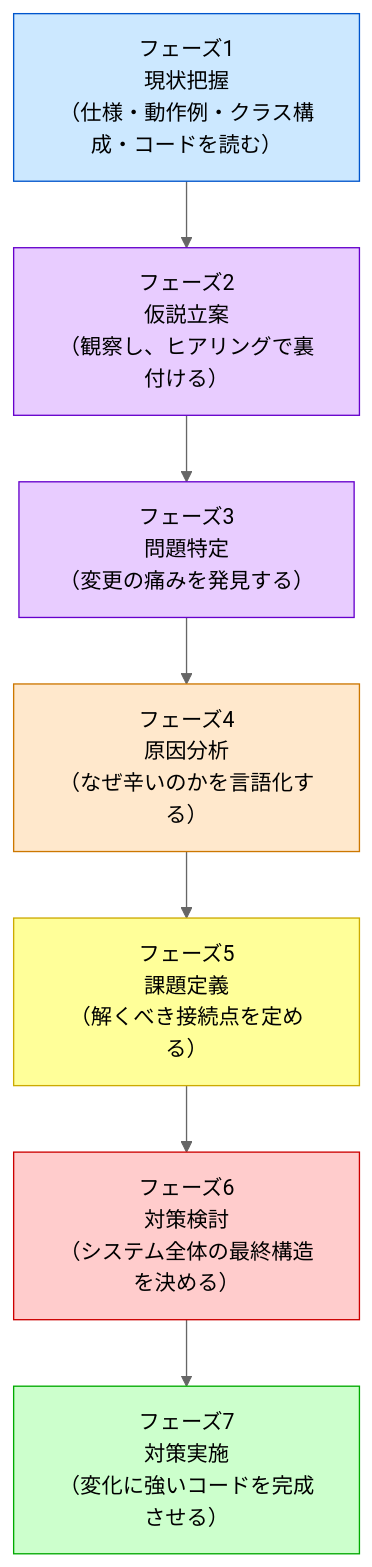
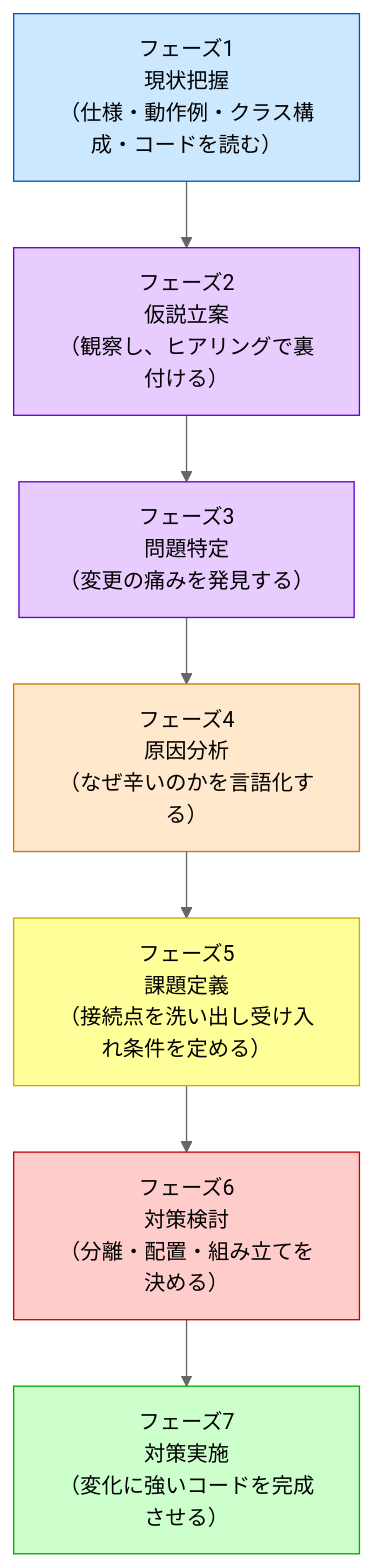
The first of 3 diagrams in kindle/design-patterns/output/chapter00_2.md (kumachan1101-pixel/DesignPattern), drawn with Mermaid (neutral theme) before and after one commit. The commit also changed other lines of this file and 10 other files, not shown here.

First line of the commit message:
F1完了: フェーズ5/6/7を再定義し正本へ反映（課題定義=接続点洗い出し+受け入れ条件）

````diff
--- a/kindle/design-patterns/output/chapter00_2.md
+++ b/kindle/design-patterns/output/chapter00_2.md
@@ -68,20 +68,20 @@
 ```mermaid
 graph TD
     F1["フェーズ1<br>現状把握<br>（仕様・動作例・クラス構成・コードを読む）"]
     F2["フェーズ2<br>仮説立案<br>（観察し、ヒアリングで裏付ける）"]
     F3["フェーズ3<br>問題特定<br>（変更の痛みを発見する）"]
     F4["フェーズ4<br>原因分析<br>（なぜ辛いのかを言語化する）"]
-    F5["フェーズ5<br>課題定義<br>（解くべき接続点を定める）"]
-    F6["フェーズ6<br>対策検討<br>（システム全体の最終構造を決める）"]
+    F5["フェーズ5<br>課題定義<br>（接続点を洗い出し受け入れ条件を定める）"]
+    F6["フェーズ6<br>対策検討<br>（分離・配置・組み立てを決める）"]
     F7["フェーズ7<br>対策実施<br>（変化に強いコードを完成させる）"]
 
     F1 --> F2 --> F3 --> F4 --> F5 --> F6 --> F7
 
     style F1 fill:#cce8ff,stroke:#0055cc
     style F2 fill:#e8ccff,stroke:#6600cc
     style F3 fill:#e8ccff,stroke:#6600cc
     style F4 fill:#ffe8cc,stroke:#cc7700
     style F5 fill:#ffff99,stroke:#ccaa00
     style F6 fill:#ffcccc,stroke:#cc0000
     style F7 fill:#ccffcc,stroke:#00aa00
 ```
````
